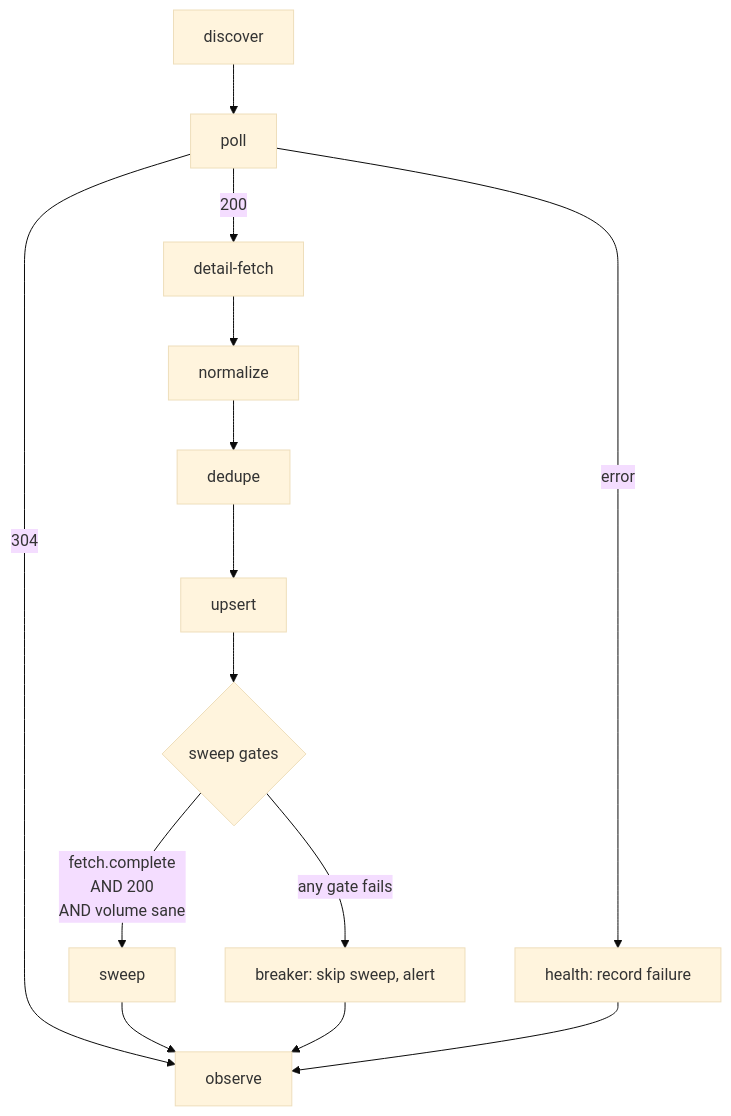
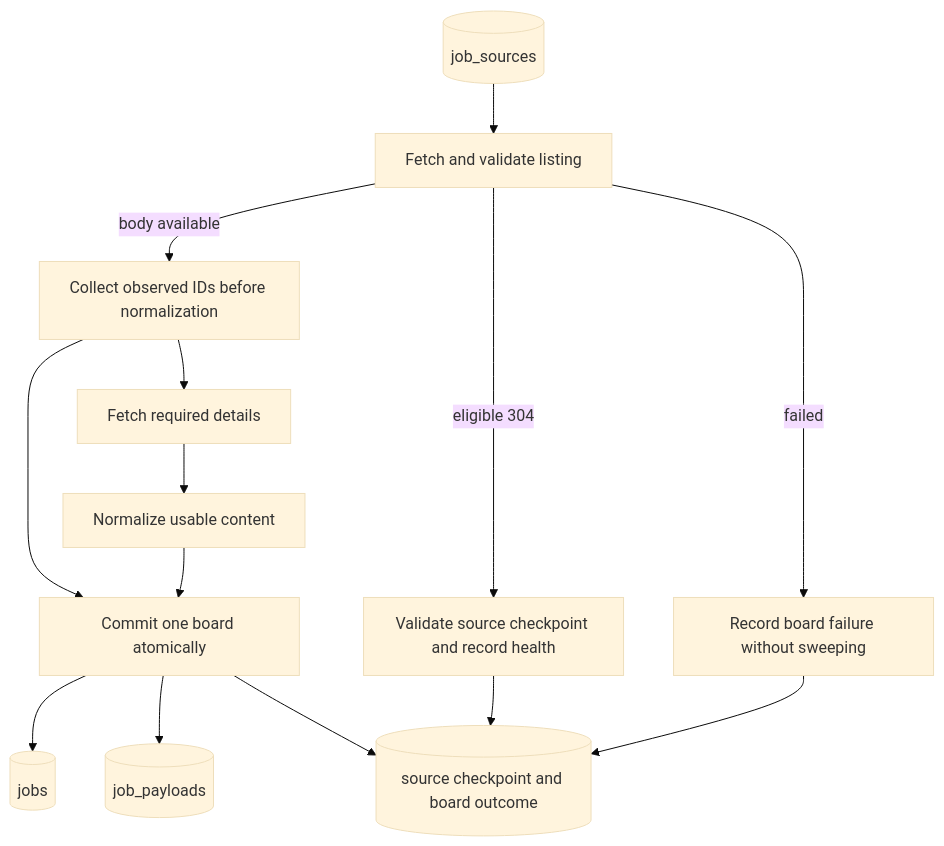
Before and after one commit to WorkIt-CSE-416/WorkIt-CSE416: the diagram in docs/KAN-55_JOB_SCRAPER.md, drawn with Mermaid (base theme). The commit also changed other lines of this file, not shown here.

Commit message:
KAN-55: Refine scraper architecture from verified upstream designs

````diff
--- a/docs/KAN-55_JOB_SCRAPER.md
+++ b/docs/KAN-55_JOB_SCRAPER.md
@@ -283,16 +58,16 @@
 ```mermaid
 flowchart TD
-    D[discover] --> P[poll]
-    P -->|304| O[observe]
-    P -->|200| F[detail-fetch]
-    P -->|error| H[health: record failure]
-    F --> N[normalize]
-    N --> DD[dedupe]
-    DD --> U[upsert]
-    U --> G{sweep gates}
-    G -->|fetch.complete<br/>AND 200<br/>AND volume sane| S[sweep]
-    G -->|any gate fails| B[breaker: skip sweep, alert]
-    S --> O
-    B --> O
-    H --> O
+    Registry[(job_sources)] --> Fetch[Fetch and validate listing]
+    Fetch -->|body available| Seen[Collect observed IDs before normalization]
+    Seen --> Detail[Fetch required details]
+    Detail --> Normalize[Normalize usable content]
+    Seen --> Commit[Commit one board atomically]
+    Normalize --> Commit
+    Fetch -->|eligible 304| Checkpoint[Validate source checkpoint and record health]
+    Fetch -->|failed| Failure[Record board failure without sweeping]
+    Commit --> Jobs[(jobs)]
+    Commit --> Payloads[(job_payloads)]
+    Commit --> Outcome[(source checkpoint and board outcome)]
+    Checkpoint --> Outcome
+    Failure --> Outcome
 ```
````
